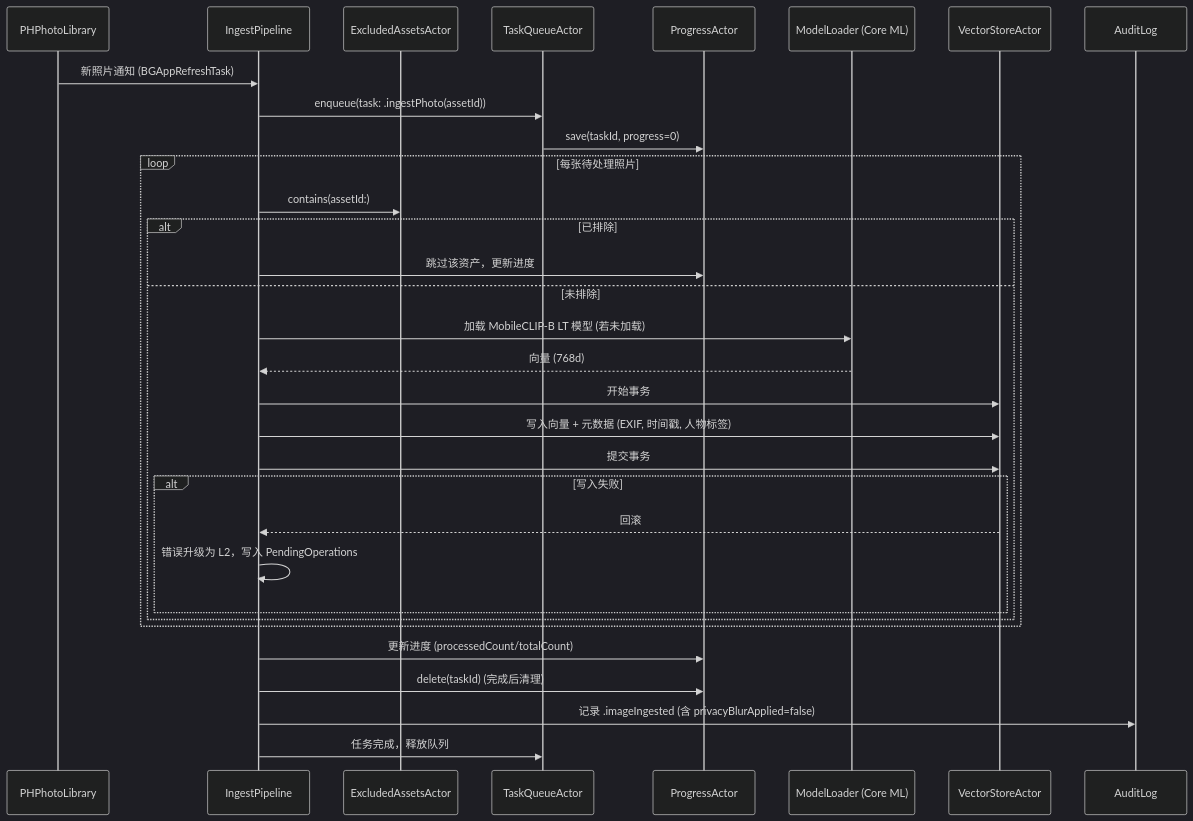
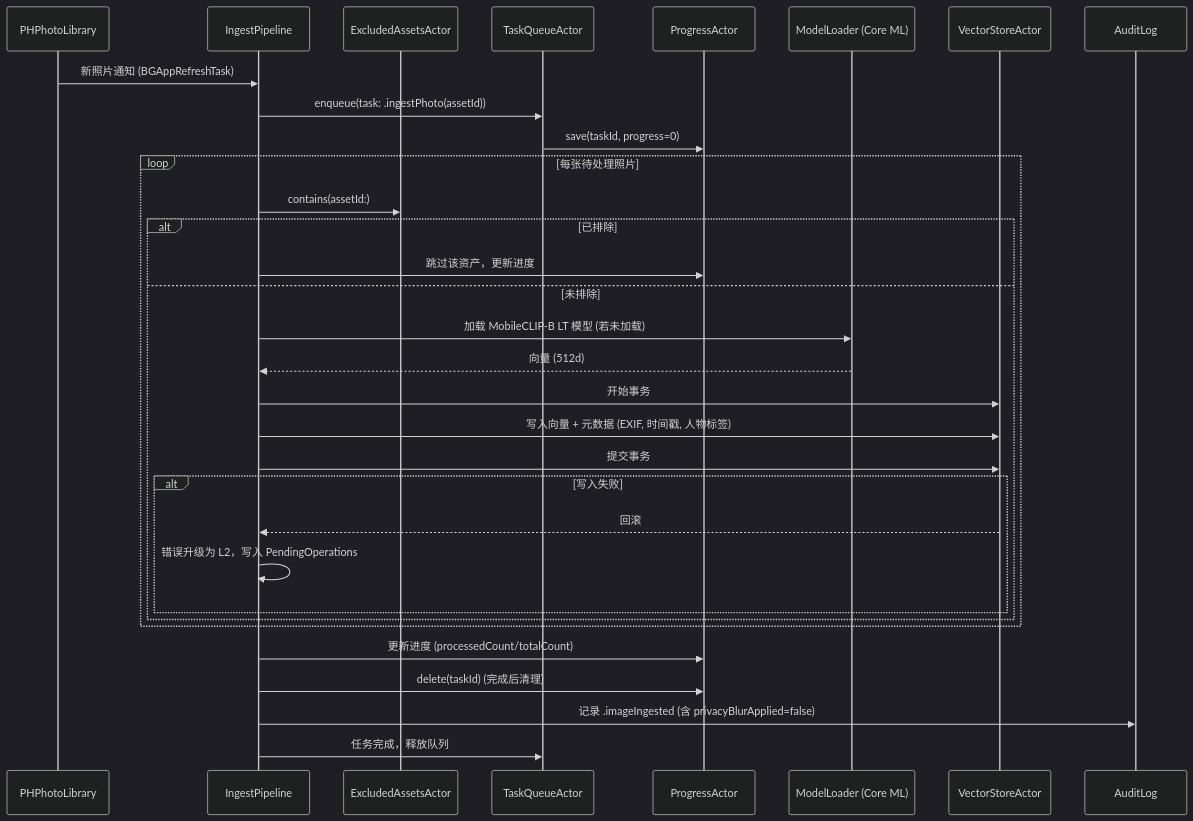
One commit to logan-suu/Echo changed the third of 12 diagrams in docs/02-architecture/数据流全链路技术说明文档.md. Above: the diagram before and after it, drawn with Mermaid (dark theme). The commit also changed 12 other files, not shown here.

````diff
--- a/docs/02-architecture/数据流全链路技术说明文档.md
+++ b/docs/02-architecture/数据流全链路技术说明文档.md
@@ -135,35 +135,35 @@
 ```mermaid
 sequenceDiagram
     participant PhotoKit as PHPhotoLibrary
     participant IP as IngestPipeline
     participant EA as ExcludedAssetsActor
     participant TQ as TaskQueueActor
     participant PR as ProgressActor
     participant Model as ModelLoader (Core ML)
     participant VA as VectorStoreActor
     participant Audit as AuditLog
 
     PhotoKit->>IP: 新照片通知 (BGAppRefreshTask)
     IP->>TQ: enqueue(task: .ingestPhoto(assetId))
     TQ->>PR: save(taskId, progress=0)
     loop 每张待处理照片
         IP->>EA: contains(assetId:)
         alt 已排除
             IP->>PR: 跳过该资产，更新进度
         else 未排除
             IP->>Model: 加载 MobileCLIP-B LT 模型 (若未加载)
-            Model-->>IP: 向量 (768d)
+            Model-->>IP: 向量 (512d)
             IP->>VA: 开始事务
             IP->>VA: 写入向量 + 元数据 (EXIF, 时间戳, 人物标签)
             IP->>VA: 提交事务
             alt 写入失败
                 VA-->>IP: 回滚
                 IP->>IP: 错误升级为 L2，写入 PendingOperations
             end
         end
     end
     IP->>PR: 更新进度 (processedCount/totalCount)
     IP->>PR: delete(taskId) (完成后清理)
     IP->>Audit: 记录 .imageIngested (含 privacyBlurApplied=false)
     IP->>TQ: 任务完成，释放队列
 ```
````
